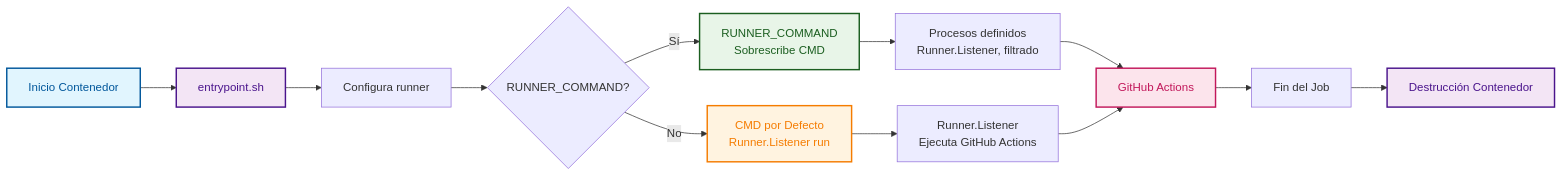
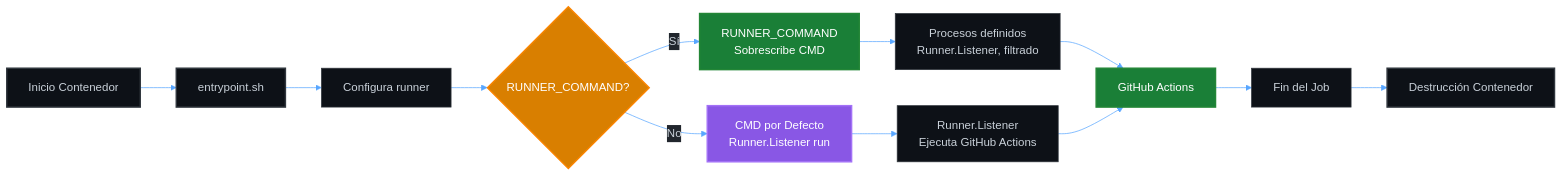
The second of 3 diagrams in README.es.md (eliaspizarro/gha-ephemeral-runners), drawn with Mermaid before and after one commit. The commit also changed other lines of this file and 1 other file, not shown here.

````diff
--- a/README.es.md
+++ b/README.es.md
@@ -332,25 +349,43 @@
 ```mermaid
+%%{init: {
+  'theme': 'base',
+  'themeVariables': {
+    'primaryColor': '#0d1117',
+    'primaryTextColor': '#c9d1d9',
+    'primaryBorderColor': '#30363d',
+    'lineColor': '#58a6ff',
+    'sectionBkgColor': '#0d1117',
+    'altSectionBkgColor': '#0d1117',
+    'gridColor': '#0d1117',
+    'secondaryColor': '#238636',
+    'tertiaryColor': '#0d1117',
+    'edgeLabelBackground': '#21262d',
+    'edgeLabelBorderColor': '#58a6ff',
+    'edgeLabelTextColor': '#c9d1d9'
+  }
+}}%%
 graph LR
     A[Inicio Contenedor] --> B[entrypoint.sh]
     B --> C[Configura runner]
     C --> D{RUNNER_COMMAND?}
     
     D -->|Sí| E[RUNNER_COMMAND<br/>Sobrescribe CMD]
     D -->|No| F[CMD por Defecto<br/>Runner.Listener run]
     
     E --> G[Procesos definidos<br/>Runner.Listener, filtrado]
     F --> H[Runner.Listener<br/>Ejecuta GitHub Actions]
     
     G --> I[GitHub Actions]
     H --> I
     
     I --> J[Fin del Job]
     J --> K[Destrucción Contenedor]
     
-    style A fill:#e1f5fe,stroke:#01579b,stroke-width:2px,color:#01579b
-    style B fill:#f3e5f5,stroke:#4a148c,stroke-width:2px,color:#4a148c
-    style E fill:#e8f5e8,stroke:#1b5e20,stroke-width:2px,color:#1b5e20
-    style F fill:#fff3e0,stroke:#f57c00,stroke-width:2px,color:#f57c00
-    style I fill:#fce4ec,stroke:#c2185b,stroke-width:2px,color:#c2185b
-    style K fill:#f3e5f5,stroke:#4a148c,stroke-width:2px,color:#4a148c
+    style A fill:#0d1117,stroke:#30363d,stroke-width:2px,color:#c9d1d9
+    style B fill:#0d1117,stroke:#30363d,stroke-width:2px,color:#c9d1d9
+    style D fill:#d97f00,stroke:#fb8500,stroke-width:2px,color:#ffffff
+    style E fill:#1a7f37,stroke:#238636,stroke-width:2px,color:#ffffff
+    style F fill:#8957e5,stroke:#a371f7,stroke-width:2px,color:#ffffff
+    style I fill:#1a7f37,stroke:#238636,stroke-width:2px,color:#ffffff
+    style K fill:#0d1117,stroke:#30363d,stroke-width:2px,color:#c9d1d9
 ```
````
